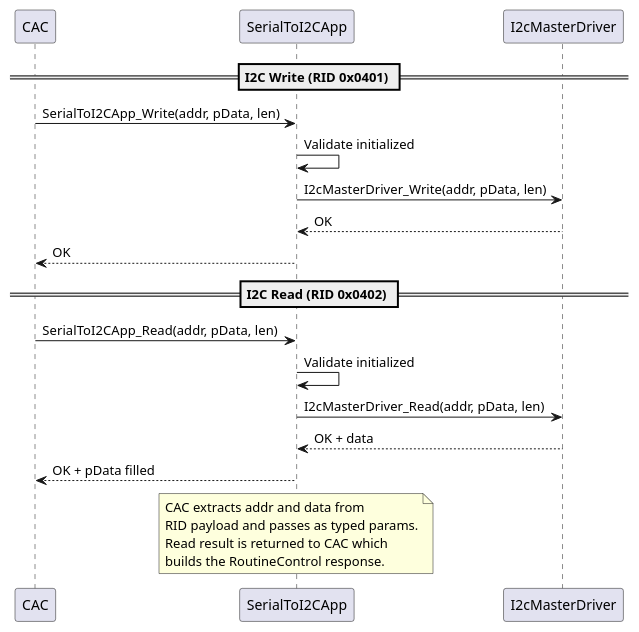
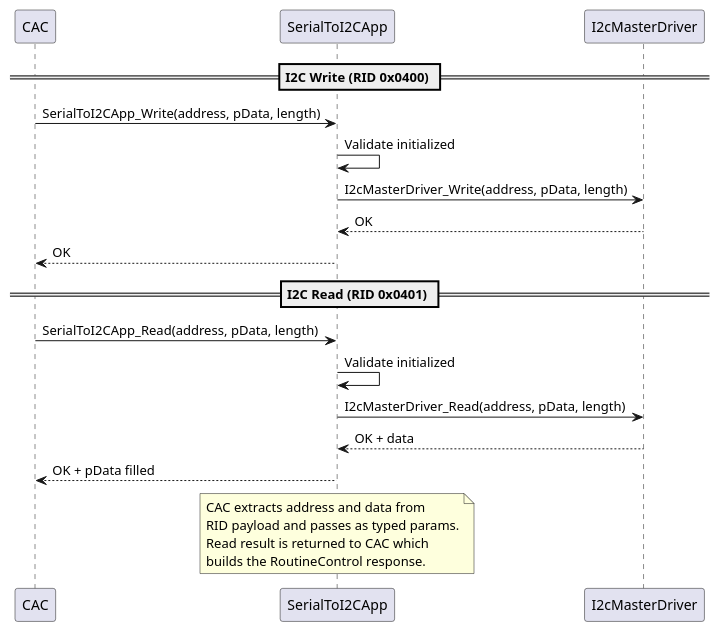
One commit to LinhTrucVo/Bico_Protocol_Bridge changed the diagram in 3_swComp/layer3Application/serialToI2CApp/2_design/serialToI2CAppSequenceDiagram.puml. Above: the diagram before and after it, drawn with PlantUML. The commit also changed 18 other files, not shown here.

```diff
--- a/3_swComp/layer3Application/serialToI2CApp/2_design/serialToI2CAppSequenceDiagram.puml
+++ b/3_swComp/layer3Application/serialToI2CApp/2_design/serialToI2CAppSequenceDiagram.puml
@@ -1,26 +1,26 @@
 @startuml serialToI2CAppSequenceDiagram
 participant "CAC" as cac
 participant "SerialToI2CApp" as app
 participant "I2cMasterDriver" as drv
 
-== I2C Write (RID 0x0401) ==
-cac -> app : SerialToI2CApp_Write(addr, pData, len)
+== I2C Write (RID 0x0400) ==
+cac -> app : SerialToI2CApp_Write(address, pData, length)
 app -> app : Validate initialized
-app -> drv : I2cMasterDriver_Write(addr, pData, len)
+app -> drv : I2cMasterDriver_Write(address, pData, length)
 drv --> app : OK
 app --> cac : OK
 
-== I2C Read (RID 0x0402) ==
-cac -> app : SerialToI2CApp_Read(addr, pData, len)
+== I2C Read (RID 0x0401) ==
+cac -> app : SerialToI2CApp_Read(address, pData, length)
 app -> app : Validate initialized
-app -> drv : I2cMasterDriver_Read(addr, pData, len)
+app -> drv : I2cMasterDriver_Read(address, pData, length)
 drv --> app : OK + data
 app --> cac : OK + pData filled
 
 note over app
-  CAC extracts addr and data from
+  CAC extracts address and data from
   RID payload and passes as typed params.
   Read result is returned to CAC which
   builds the RoutineControl response.
 end note
 @enduml
```
